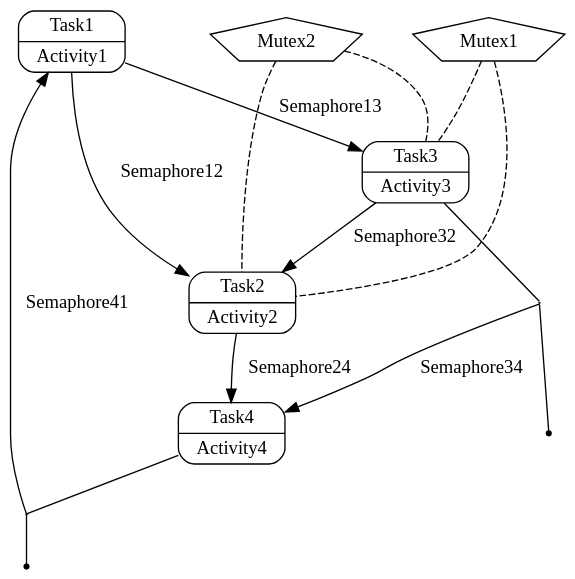
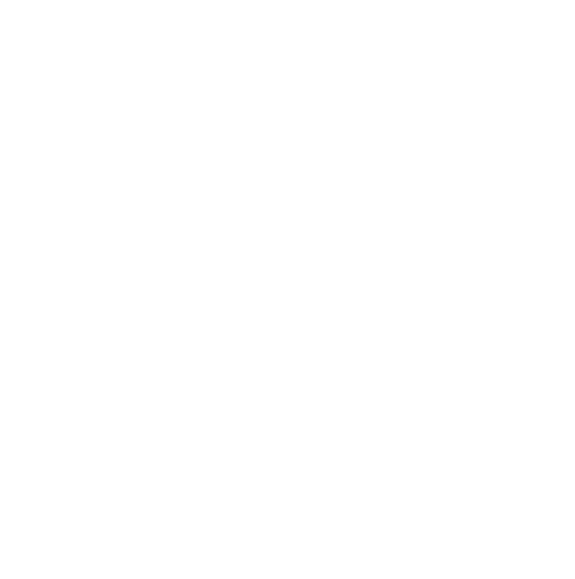
Before and after one commit to AdrianW424/Echtzeitsysteme_Projekt: the diagram in src/Digraph.gv, drawn with Graphviz. The commit also changed 4 other files, not shown here.

```diff
--- a/src/Digraph.gv
+++ b/src/Digraph.gv
@@ -1,28 +1,28 @@
 // Flowchart
 digraph {
 	graph [bgcolor=transparent]
-	Activity1 [label="{Task1|Activity1}" color=black fillcolor=transparent fontcolor=black shape=record style="rounded,filled"]
-	Activity2 [label="{Task2|Activity2}" color=black fillcolor=transparent fontcolor=black shape=record style="rounded,filled"]
-	Activity3 [label="{Task3|Activity3}" color=black fillcolor=transparent fontcolor=black shape=record style="rounded,filled"]
-	Activity4 [label="{Task4|Activity4}" color=black fillcolor=transparent fontcolor=black shape=record style="rounded,filled"]
-	Mutex1 [label=Mutex1 color=black fillcolor=transparent fontcolor=black shape=polygon sides=5]
-	Mutex1 -> Activity2 [arrowhead=none color=black splines=polyline style=dashed]
-	Mutex1 -> Activity3 [arrowhead=none color=black splines=polyline style=dashed]
-	Mutex2 [label=Mutex2 color=black fillcolor=transparent fontcolor=black shape=polygon sides=5]
-	Mutex2 -> Activity2 [arrowhead=none color=black splines=polyline style=dashed]
-	Mutex2 -> Activity3 [arrowhead=none color=black splines=polyline style=dashed]
-	Activity1 -> Activity2 [label=Semaphore12 color=black fontcolor=black splines=polyline]
-	Activity1 -> Activity3 [label=Semaphore13 color=black fontcolor=black splines=polyline]
-	Activity2 -> Activity4 [label=Semaphore24 color=black fontcolor=black splines=polyline]
-	Dummy0 [color=black height=0.01 shape=point width=0.01]
-	Activity3 -> Dummy0 [arrowhead=none color=black splines=polyline]
-	Dummy0 -> Activity4 [label=Semaphore34 color=black fontcolor=black splines=polyline]
-	Dummy1 [color=black fontcolor=black shape=point xlabel=""]
-	Dummy0 -> Dummy1 [arrowhead=none color=black splines=polyline]
-	Activity3 -> Activity2 [label=Semaphore32 color=black fontcolor=black splines=polyline]
-	Dummy2 [color=black height=0.01 shape=point width=0.01]
-	Activity4 -> Dummy2 [arrowhead=none color=black splines=polyline]
-	Dummy2 -> Activity1 [label=Semaphore41 color=black fontcolor=black splines=polyline]
-	Dummy3 [color=black fontcolor=black shape=point xlabel=""]
-	Dummy2 -> Dummy3 [arrowhead=none color=black splines=polyline]
+	Activity1 [label="{Task1|Activity1}" color=white fillcolor=transparent fontcolor=white shape=record style="rounded,filled"]
+	Activity2 [label="{Task2|Activity2}" color=white fillcolor=transparent fontcolor=white shape=record style="rounded,filled"]
+	Activity3 [label="{Task3|Activity3}" color=white fillcolor=transparent fontcolor=white shape=record style="rounded,filled"]
+	Activity4 [label="{Task4|Activity4}" color=white fillcolor=transparent fontcolor=white shape=record style="rounded,filled"]
+	Mutex1 [label=Mutex1 color=white fillcolor=transparent fontcolor=white shape=polygon sides=5 style=filled]
+	Mutex1 -> Activity2 [arrowhead=none color=white splines=polyline style=dashed]
+	Mutex1 -> Activity3 [arrowhead=none color=white splines=polyline style=dashed]
+	Mutex2 [label=Mutex2 color=white fillcolor=transparent fontcolor=white shape=polygon sides=5 style=filled]
+	Mutex2 -> Activity2 [arrowhead=none color=white splines=polyline style=dashed]
+	Mutex2 -> Activity3 [arrowhead=none color=white splines=polyline style=dashed]
+	Activity1 -> Activity2 [label=Semaphore12 color=white fontcolor=white splines=polyline]
+	Activity1 -> Activity3 [label=Semaphore13 color=white fontcolor=white splines=polyline]
+	Activity2 -> Activity4 [label=Semaphore24 color=white fontcolor=white splines=polyline]
+	Dummy0 [color=white height=0.01 shape=point width=0.01]
+	Activity3 -> Dummy0 [arrowhead=none color=white splines=polyline]
+	Dummy0 -> Activity4 [label=Semaphore34 color=white fontcolor=white splines=polyline]
+	Dummy1 [color=white fontcolor=white shape=point xlabel=""]
+	Dummy0 -> Dummy1 [arrowhead=none color=white splines=polyline]
+	Activity3 -> Activity2 [label=Semaphore32 color=white fontcolor=white splines=polyline]
+	Dummy2 [color=white height=0.01 shape=point width=0.01]
+	Activity4 -> Dummy2 [arrowhead=none color=white splines=polyline]
+	Dummy2 -> Activity1 [label=Semaphore41 color=white fontcolor=white splines=polyline]
+	Dummy3 [color=white fontcolor=white shape=point xlabel=""]
+	Dummy2 -> Dummy3 [arrowhead=none color=white splines=polyline]
 }
```
